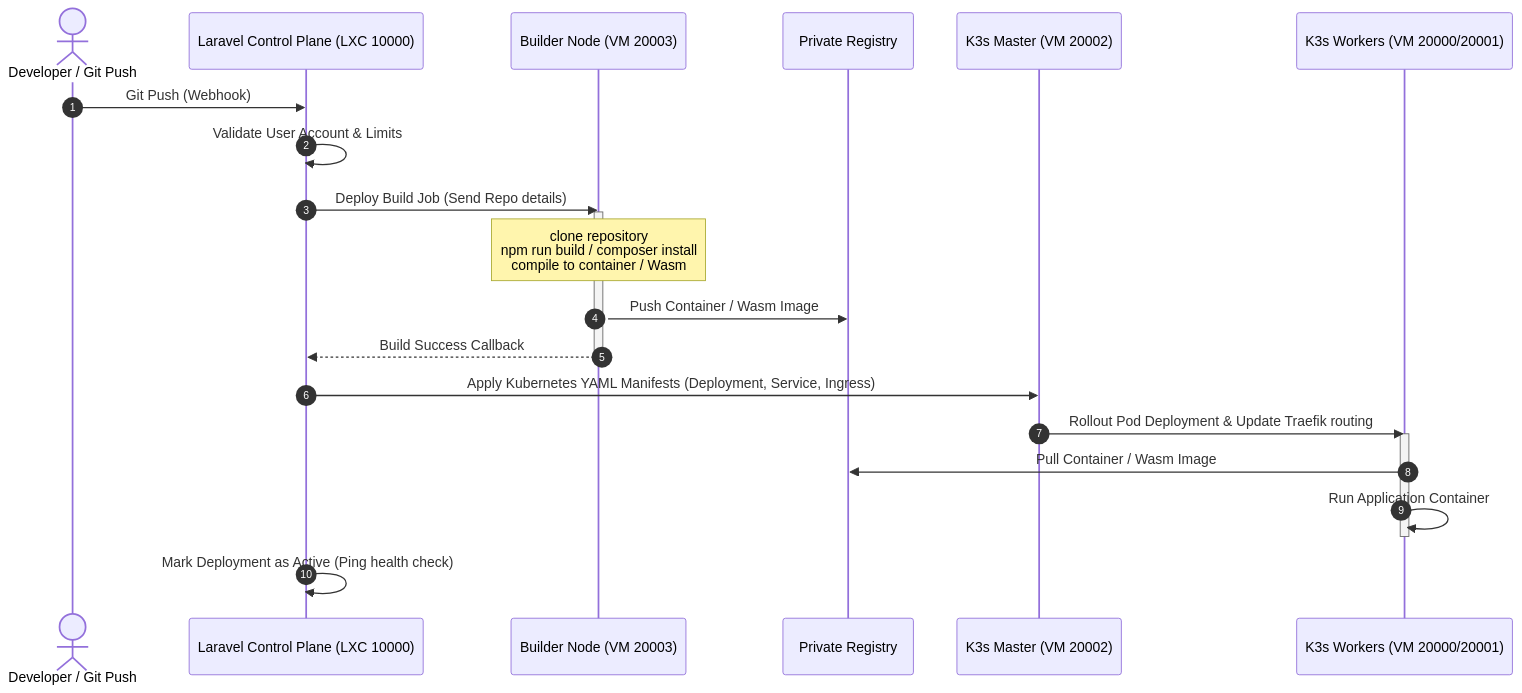
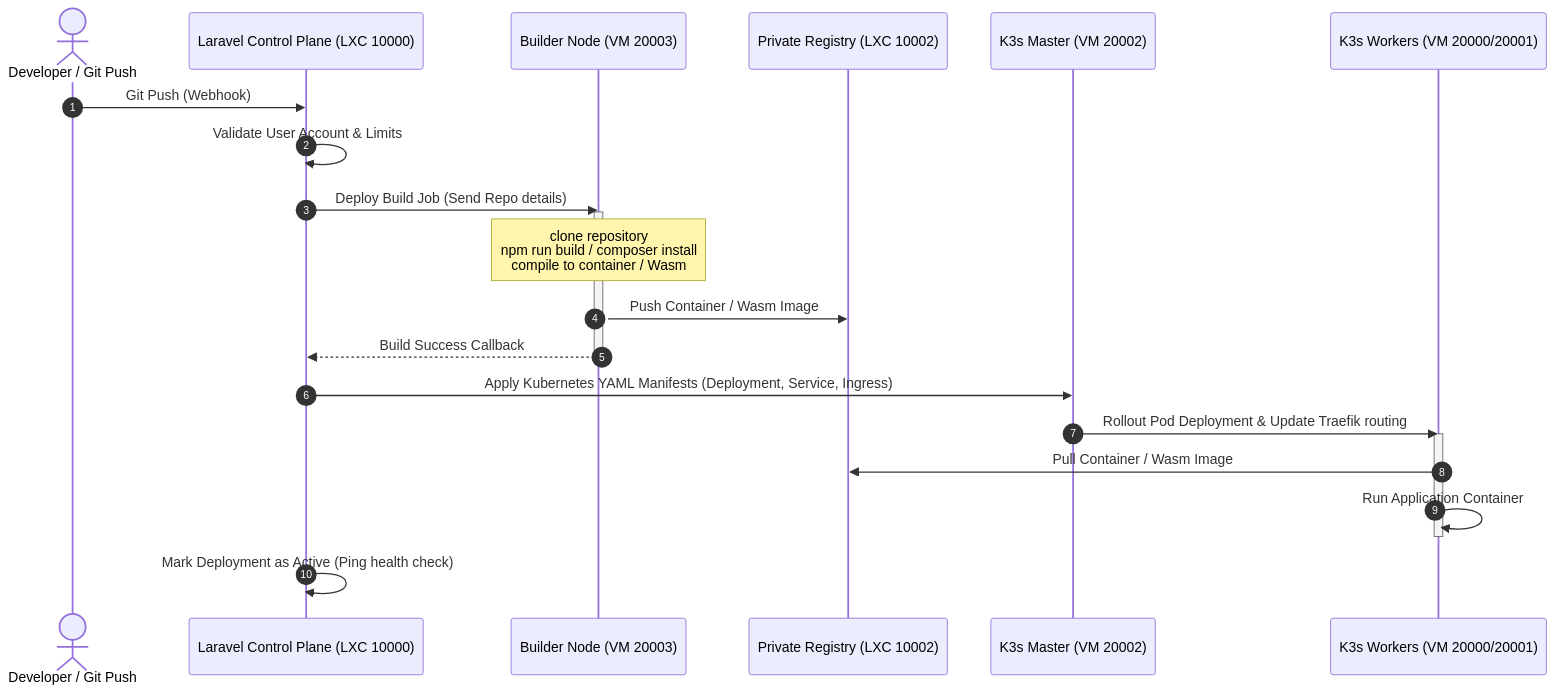
The second of 2 diagrams in network_k8s_architecture.md (dyzulk/dyzulk-cloud), drawn with Mermaid before and after one commit. The commit also changed other lines of this file and 3 other files, not shown here.

Commit message:
docs: update network architecture to include private registry with host bind mount and clean up old plans

````diff
--- a/network_k8s_architecture.md
+++ b/network_k8s_architecture.md
@@ -193,29 +214,29 @@
 ```mermaid
 sequenceDiagram
     autonumber
     actor Developer as Developer / Git Push
     participant Laravel as Laravel Control Plane (LXC 10000)
     participant Builder as Builder Node (VM 20003)
-    participant Registry as Private Registry
+    participant Registry as Private Registry (LXC 10002)
     participant K3s_Master as K3s Master (VM 20002)
     participant Workers as K3s Workers (VM 20000/20001)
     
     Developer ->> Laravel: Git Push (Webhook)
     Laravel ->> Laravel: Validate User Account & Limits
     Laravel ->> Builder: Deploy Build Job (Send Repo details)
     
     activate Builder
     Note over Builder: clone repository<br/>npm run build / composer install<br/>compile to container / Wasm
     Builder ->> Registry: Push Container / Wasm Image
     Builder -->> Laravel: Build Success Callback
     deactivate Builder
     
     Laravel ->> K3s_Master: Apply Kubernetes YAML Manifests (Deployment, Service, Ingress)
     K3s_Master ->> Workers: Rollout Pod Deployment & Update Traefik routing
     activate Workers
     Workers ->> Registry: Pull Container / Wasm Image
     Workers ->> Workers: Run Application Container
     deactivate Workers
     
     Laravel ->> Laravel: Mark Deployment as Active (Ping health check)
 ```
````
